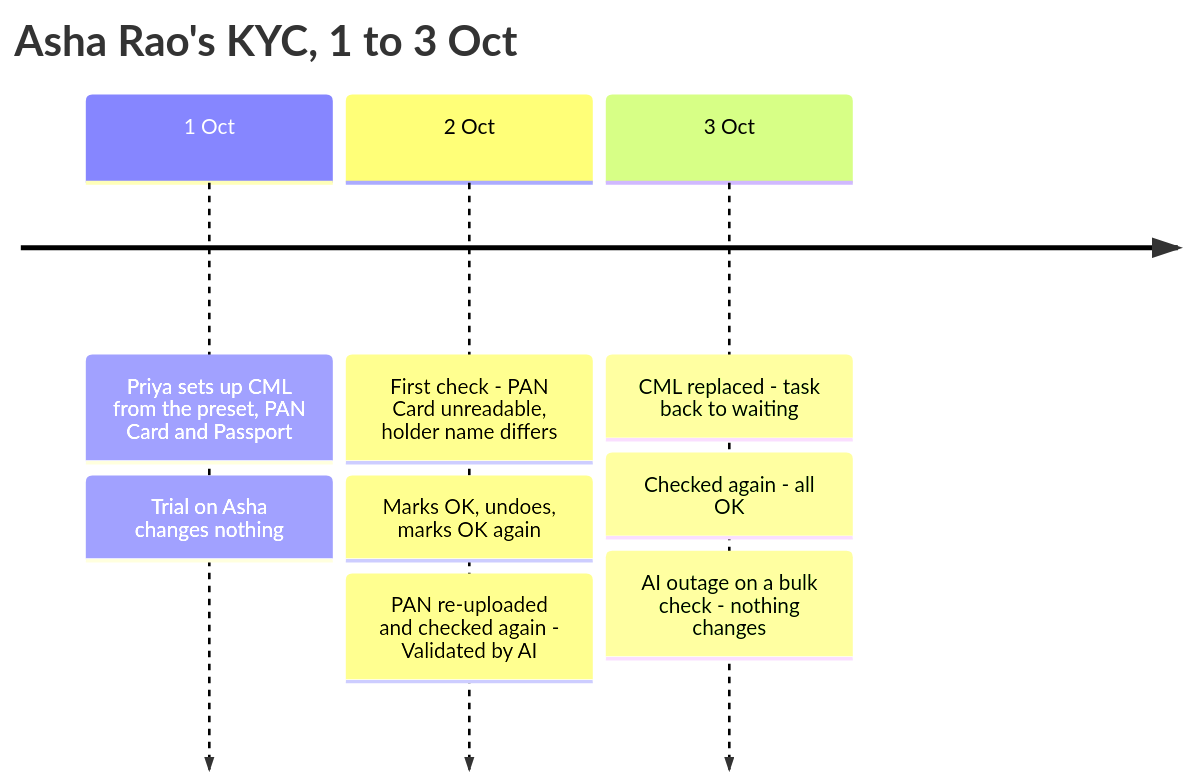
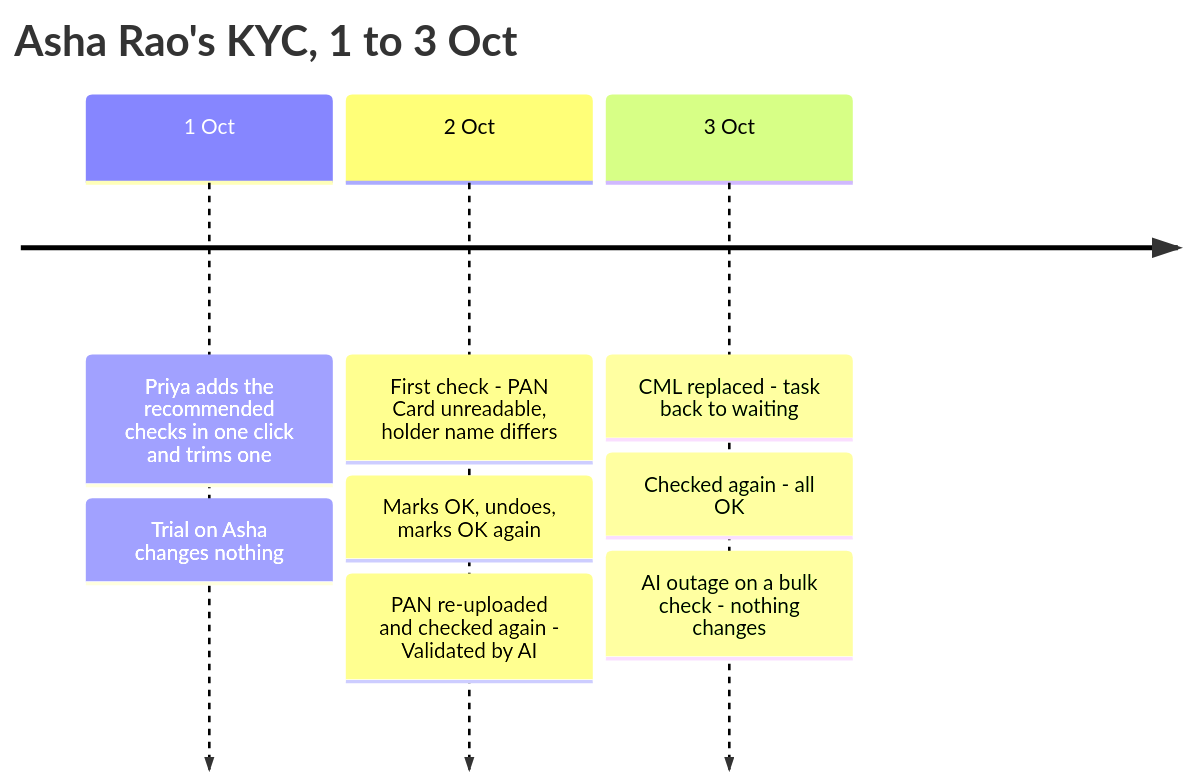
Before and after one commit to sampadadiwan/IRM_CompanyMain: the second of 13 diagrams in openspec/changes/document-checks/design.md, drawn with Mermaid. The commit also changed other lines of this file and 62 other files, not shown here.

````diff
--- a/openspec/changes/document-checks/design.md
+++ b/openspec/changes/document-checks/design.md
@@ -103,7 +103,7 @@
 ```mermaid
 timeline
     title Asha Rao's KYC, 1 to 3 Oct
-    1 Oct : Priya sets up CML from the preset, PAN Card and Passport : Trial on Asha changes nothing
+    1 Oct : Priya adds the recommended checks in one click and trims one : Trial on Asha changes nothing
     2 Oct : First check - PAN Card unreadable, holder name differs : Marks OK, undoes, marks OK again : PAN re-uploaded and checked again - Validated by AI
     3 Oct : CML replaced - task back to waiting : Checked again - all OK : AI outage on a bulk check - nothing changes
 ```
````
